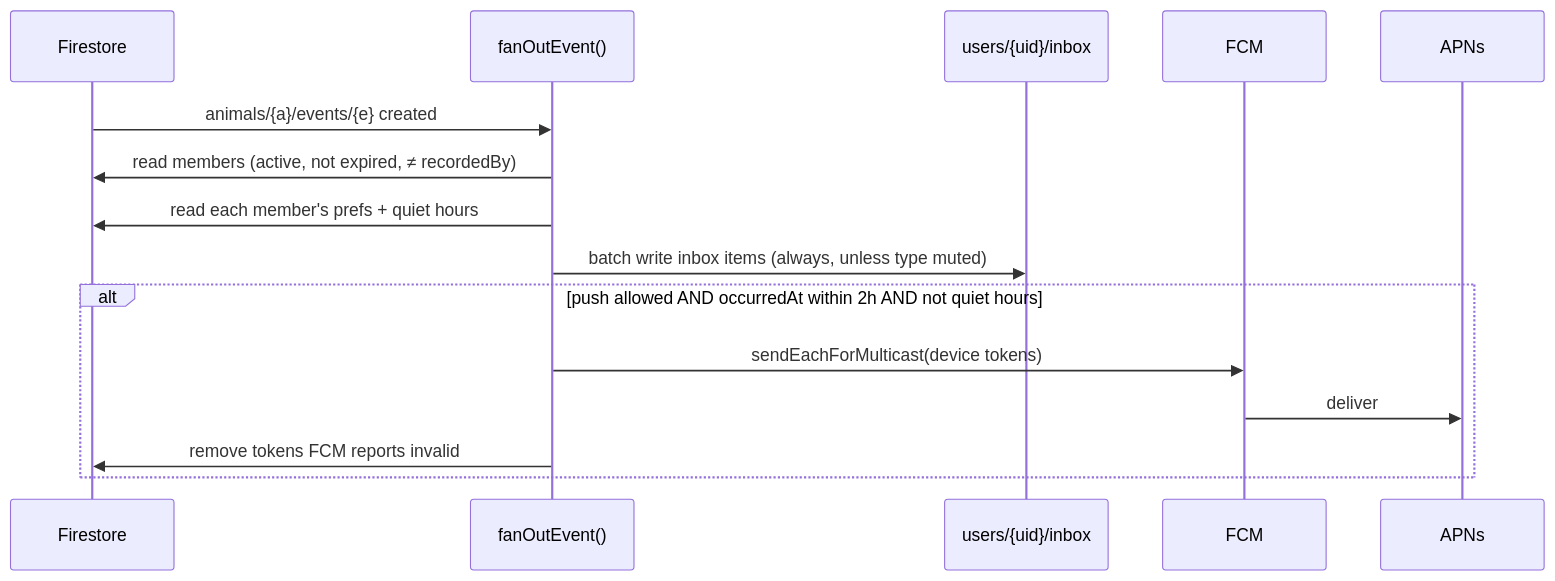
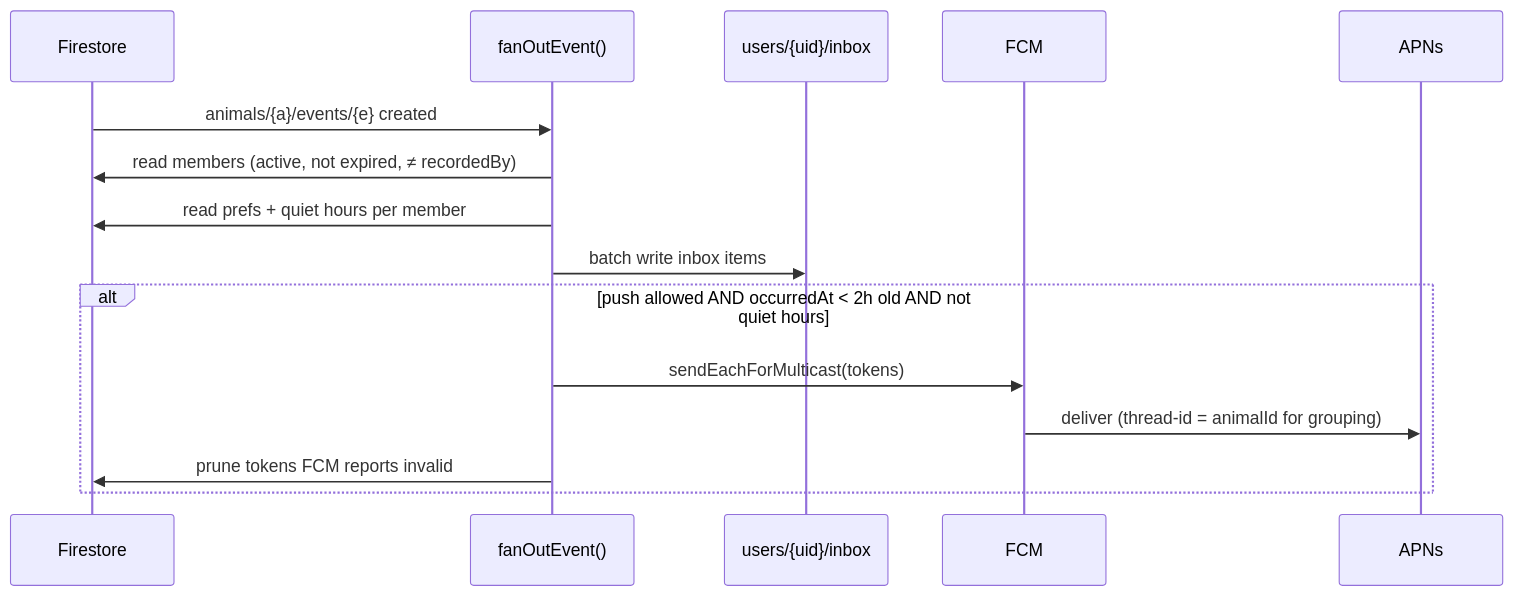
The third of 5 diagrams in docs/implementation-plan.md (fiveSpeedMazdarati/Dog-Trackin-KMP), drawn with Mermaid before and after one commit. The commit also changed other lines of this file and 21 other files, not shown here.

````diff
--- a/docs/implementation-plan.md
+++ b/docs/implementation-plan.md
@@ -107,17 +100,17 @@
 ```mermaid
 sequenceDiagram
   participant FS as Firestore
   participant Fn as fanOutEvent()
   participant Inbox as users/{uid}/inbox
   participant FCM
   participant APNs
   FS->>Fn: animals/{a}/events/{e} created
   Fn->>FS: read members (active, not expired, ≠ recordedBy)
-  Fn->>FS: read each member's prefs + quiet hours
-  Fn->>Inbox: batch write inbox items (always, unless type muted)
-  alt push allowed AND occurredAt within 2h AND not quiet hours
-    Fn->>FCM: sendEachForMulticast(device tokens)
-    FCM->>APNs: deliver
-    Fn->>FS: remove tokens FCM reports invalid
+  Fn->>FS: read prefs + quiet hours per member
+  Fn->>Inbox: batch write inbox items
+  alt push allowed AND occurredAt < 2h old AND not quiet hours
+    Fn->>FCM: sendEachForMulticast(tokens)
+    FCM->>APNs: deliver (thread-id = animalId for grouping)
+    Fn->>FS: prune tokens FCM reports invalid
   end
 ```
````
